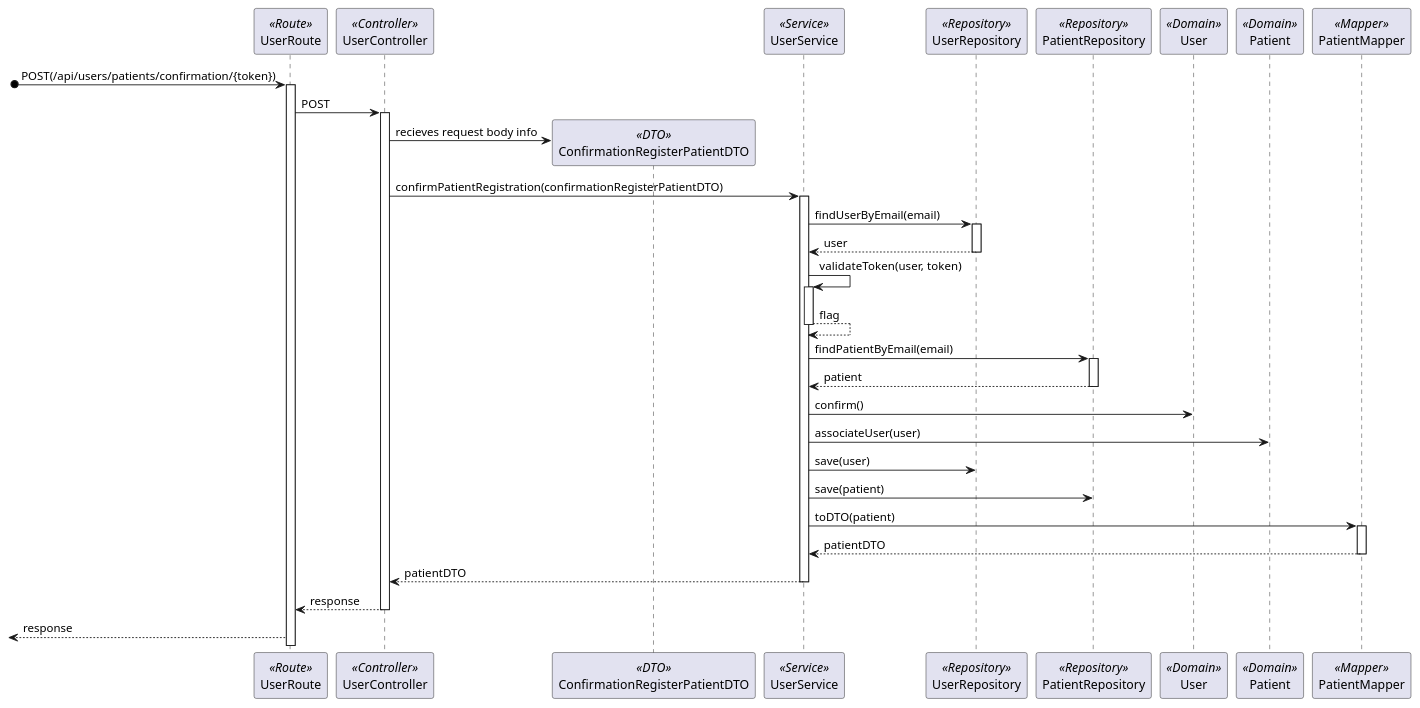
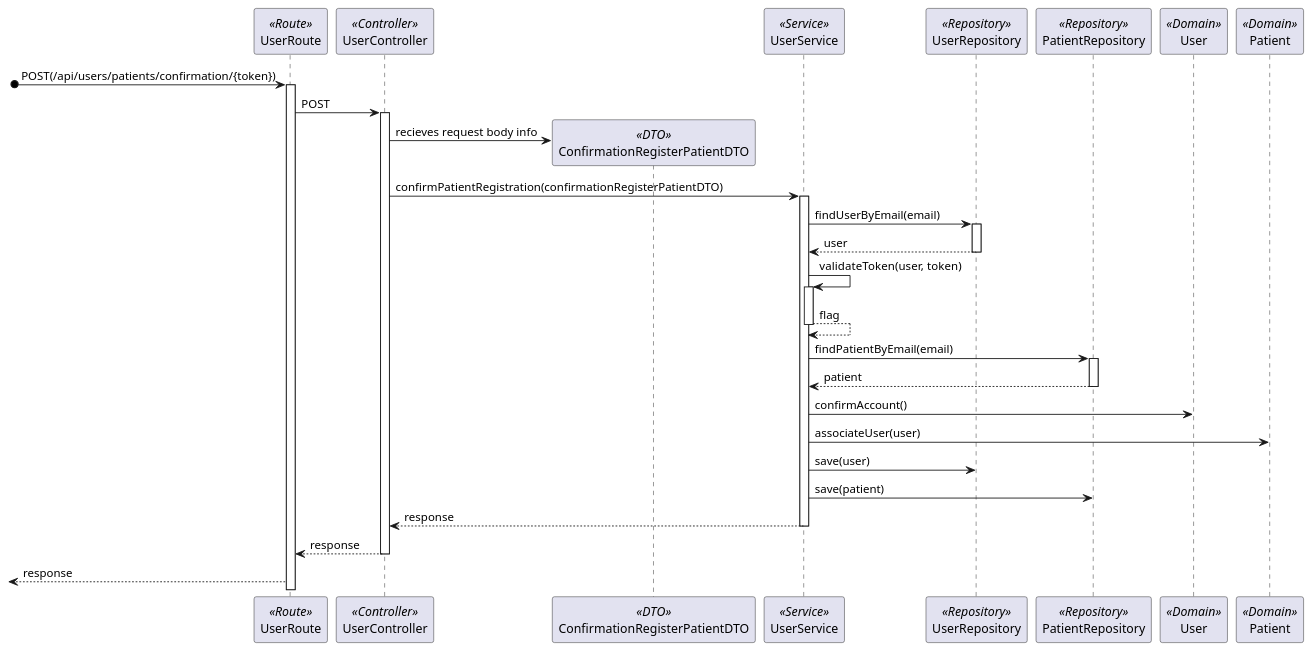
The diagram in docs/Sprint_1/US_5.1.3/L3/Process_View_Posterior_Confirmation.puml (Rodrick0209/ISEP-SEM5PI-24-25), drawn with PlantUML before and after one commit. The commit also changed 15 other files, not shown here.

Commit message:
US 5.1.8-5.1.11 / 5.1.3-5.1.5 All diagrams updated for better compreehension #4 #5 #6 #9 #10 #11 #12

```diff
--- a/docs/Sprint_1/US_5.1.3/L3/Process_View_Posterior_Confirmation.puml
+++ b/docs/Sprint_1/US_5.1.3/L3/Process_View_Posterior_Confirmation.puml
@@ -2,39 +2,33 @@
 @startuml Process_View_Posterior_Confirmation
 participant UserRoute as Route <<Route>>
 participant UserController as Controller <<Controller>>
 participant ConfirmationRegisterPatientDTO as ConfirmationDTO <<DTO>>
 participant UserService as Service <<Service>>
 participant UserRepository as Repository <<Repository>>
 participant PatientRepository as PatientRepository <<Repository>> 
 participant User as Domain <<Domain>>
 participant Patient as Patient <<Domain>>
-participant PatientMapper as Mapper <<Mapper>>
 [o-> Route : POST(/api/users/patients/confirmation/{token})
 activate Route
 Route -> Controller : POST
 activate Controller
 Controller -> ConfirmationDTO** : recieves request body info
 Controller -> Service : confirmPatientRegistration(confirmationRegisterPatientDTO)
 activate Service
 Service -> Repository : findUserByEmail(email)
 activate Repository
 return user
 Service -> Service : validateToken(user, token)
 activate Service
 return flag
 Service -> PatientRepository : findPatientByEmail(email)
 activate PatientRepository
 return patient
-Service -> Domain : confirm()
+Service -> Domain : confirmAccount()
 Service -> Patient : associateUser(user)
 Service -> Repository : save(user)
 Service -> PatientRepository : save(patient)
-Service -> Mapper : toDTO(patient)
-activate Mapper
-return patientDTO
-Service --> Controller : patientDTO
-deactivate Service
-Controller --> Route : response
-deactivate Controller
+return response
+return response
 <-- Route : response
 @enduml
```
